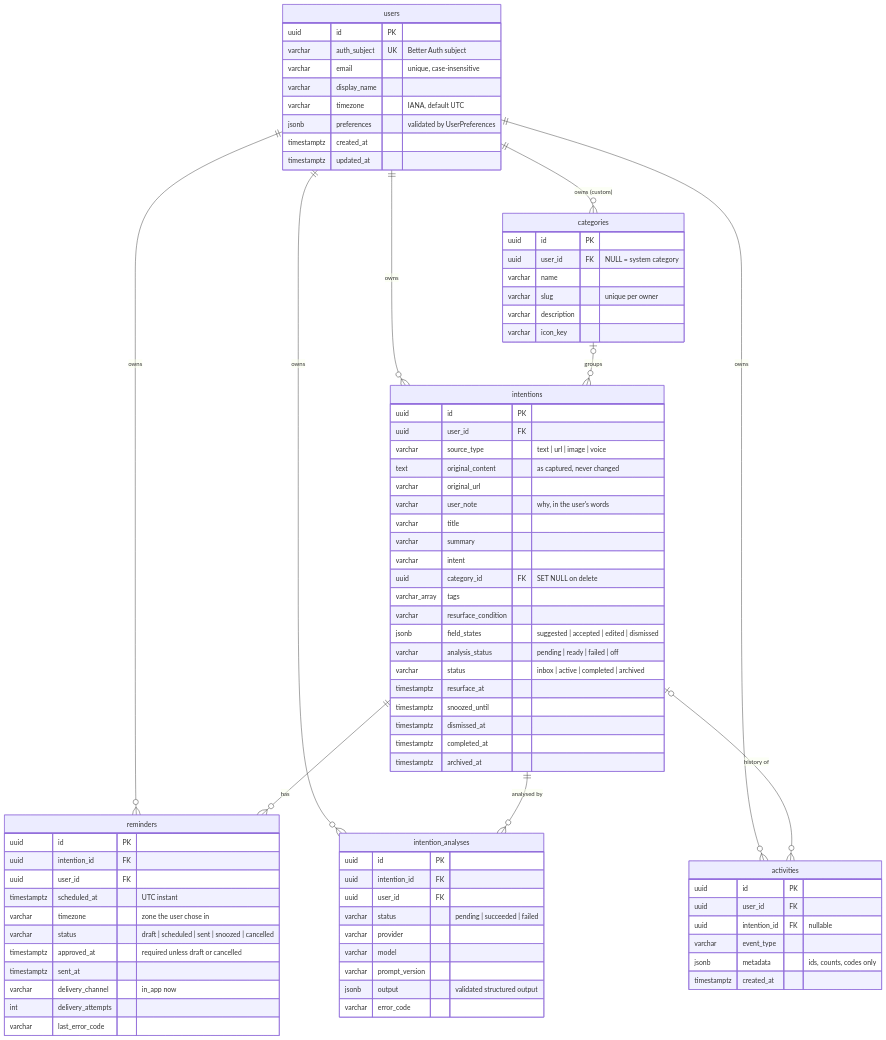
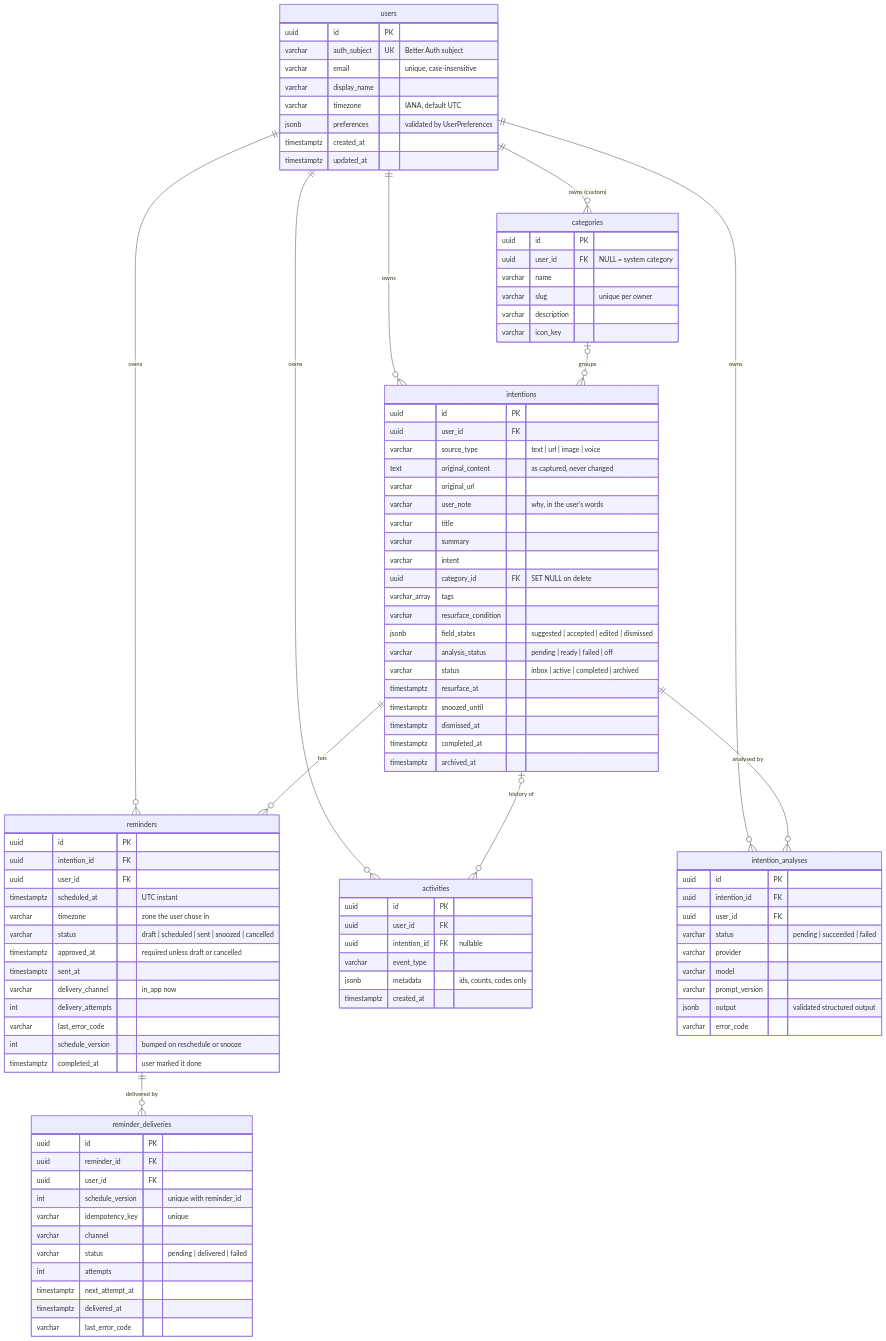
The diagram in docs/DATA_MODEL.md (wasim2402/maybelater-ai), drawn with Mermaid before and after one commit. The commit also changed other lines of this file and 35 other files, not shown here.

```diff
--- a/docs/DATA_MODEL.md
+++ b/docs/DATA_MODEL.md
@@ -13,6 +13,7 @@
     users ||--o{ intention_analyses : owns
     categories |o--o{ intentions : groups
     intentions ||--o{ reminders : has
+    reminders ||--o{ reminder_deliveries : "delivered by"
     intentions ||--o{ intention_analyses : "analysed by"
     intentions |o--o{ activities : "history of"
 
@@ -79,6 +80,21 @@
         varchar delivery_channel "in_app now"
         int delivery_attempts
         varchar last_error_code
+        int schedule_version "bumped on reschedule or snooze"
+        timestamptz completed_at "user marked it done"
+    }
+    reminder_deliveries {
+        uuid id PK
+        uuid reminder_id FK
+        uuid user_id FK
+        int schedule_version "unique with reminder_id"
+        varchar idempotency_key "unique"
+        varchar channel
+        varchar status "pending | delivered | failed"
+        int attempts
+        timestamptz next_attempt_at
+        timestamptz delivered_at
+        varchar last_error_code
     }
     activities {
         uuid id PK
```
